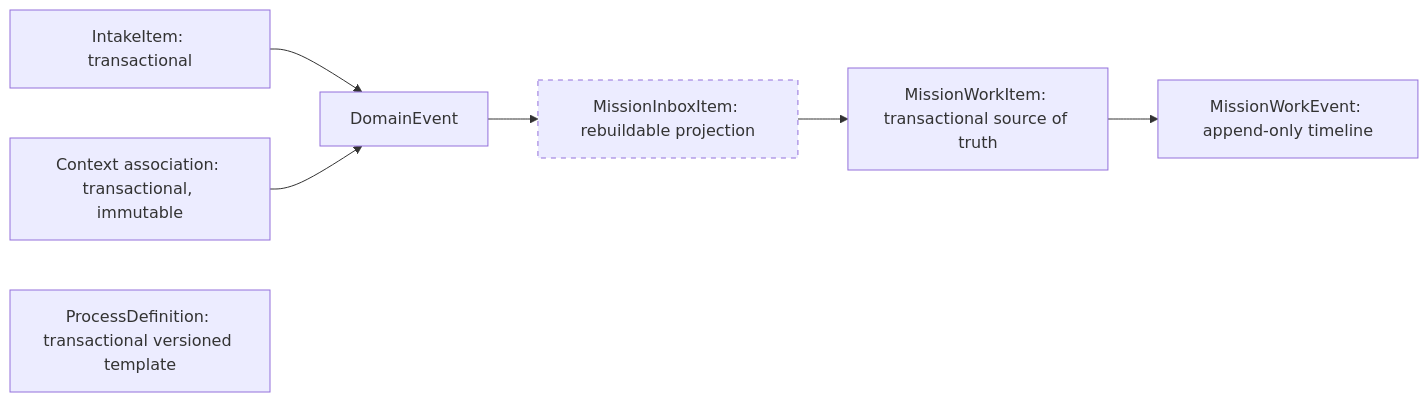
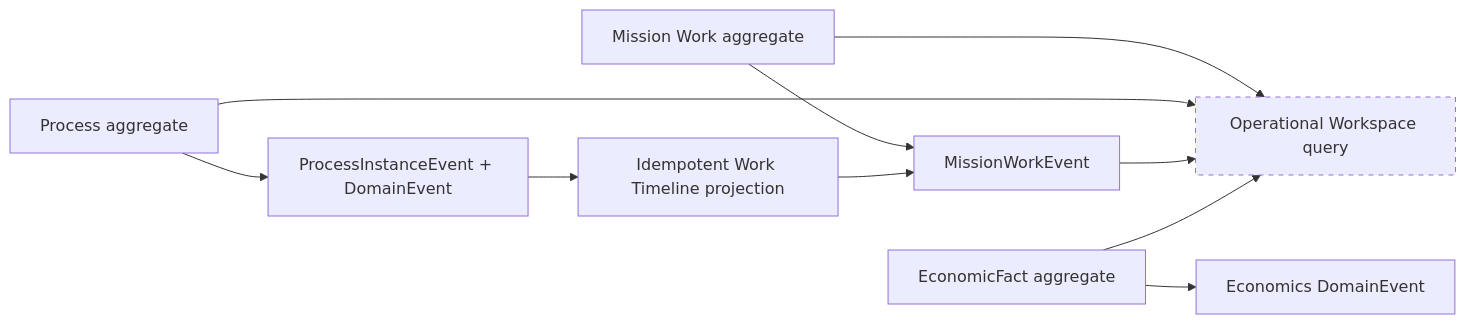
Before and after one commit to guillermomdehoyoso-stack/CTO-Office-Yarvis: the third of 3 diagrams in docs/architecture/YARVIS_AS_IS_ARCHITECTURE.md, drawn with Mermaid. The commit also changed other lines of this file and 11 other files, not shown here.

Commit message:
OE-001: define operational execution architecture

````diff
--- a/docs/architecture/YARVIS_AS_IS_ARCHITECTURE.md
+++ b/docs/architecture/YARVIS_AS_IS_ARCHITECTURE.md
@@ -76,10 +43,13 @@
 ```mermaid
 flowchart LR
-    Intake["IntakeItem: transactional"] --> DE["DomainEvent"]
-    Context["Context association: transactional, immutable"] --> DE
-    DE --> Inbox["MissionInboxItem: rebuildable projection"]
-    Inbox --> Work["MissionWorkItem: transactional source of truth"]
-    Work --> WorkEvent["MissionWorkEvent: append-only timeline"]
-    Definition["ProcessDefinition: transactional versioned template"]
-    style Inbox stroke-dasharray: 5 5
+    Work["Mission Work aggregate"] --> WE["MissionWorkEvent"]
+    Process["Process aggregate"] --> PE["ProcessInstanceEvent + DomainEvent"]
+    PE --> P["Idempotent Work Timeline projection"]
+    P --> WE
+    Economics["EconomicFact aggregate"] --> EE["Economics DomainEvent"]
+    Work --> R["Operational Workspace query"]
+    Process --> R
+    WE --> R
+    Economics --> R
+    style R stroke-dasharray: 5 5
 ```
````
